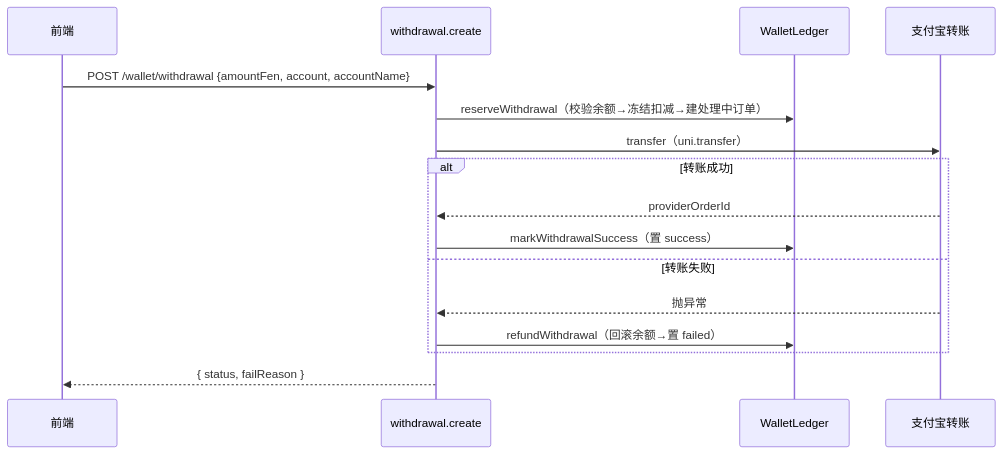
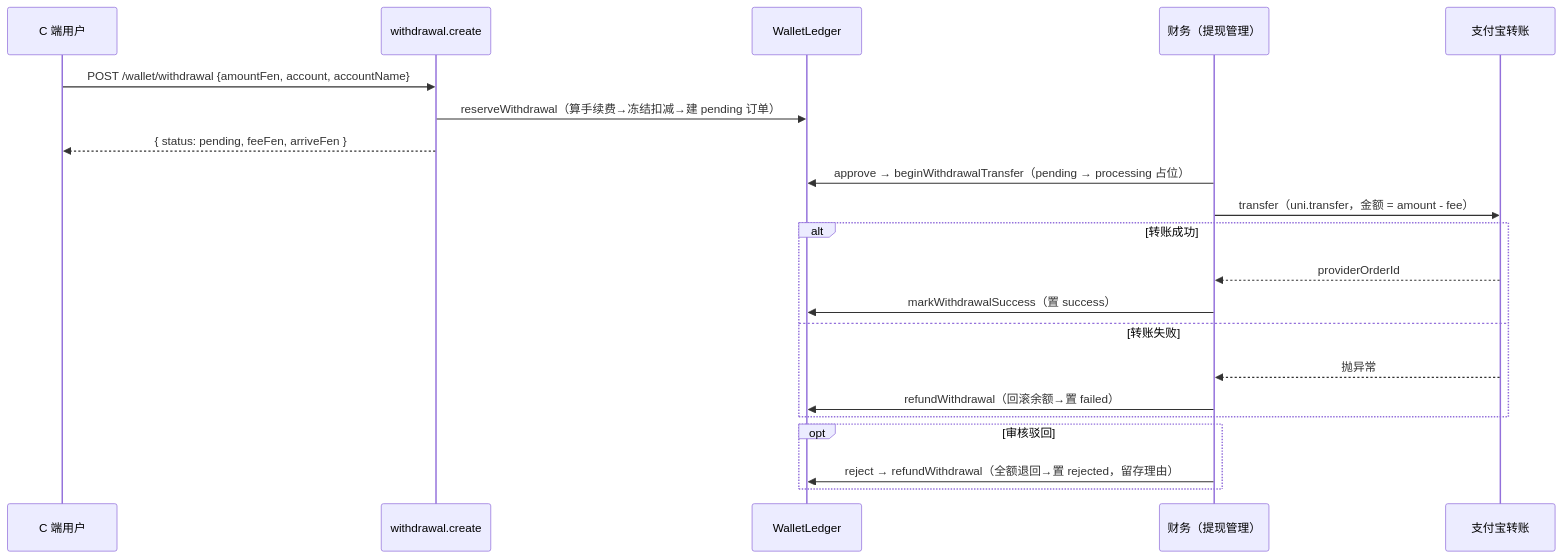
The third of 3 diagrams in docs/wallet.md (yiting001/E-sports-01), drawn with Mermaid before and after one commit. The commit also changed other lines of this file and 34 other files, not shown here.

````diff
--- a/docs/wallet.md
+++ b/docs/wallet.md
@@ -189,19 +203,24 @@
 ```mermaid
 sequenceDiagram
-  participant FE as 前端
+  participant FE as C 端用户
   participant API as withdrawal.create
   participant LED as WalletLedger
+  participant ADM as 财务（提现管理）
   participant DRV as 支付宝转账
 
   FE->>API: POST /wallet/withdrawal {amountFen, account, accountName}
-  API->>LED: reserveWithdrawal（校验余额→冻结扣减→建处理中订单）
-  API->>DRV: transfer（uni.transfer）
+  API->>LED: reserveWithdrawal（算手续费→冻结扣减→建 pending 订单）
+  API-->>FE: { status: pending, feeFen, arriveFen }
+  ADM->>LED: approve → beginWithdrawalTransfer（pending → processing 占位）
+  ADM->>DRV: transfer（uni.transfer，金额 = amount - fee）
   alt 转账成功
-    DRV-->>API: providerOrderId
-    API->>LED: markWithdrawalSuccess（置 success）
+    DRV-->>ADM: providerOrderId
+    ADM->>LED: markWithdrawalSuccess（置 success）
   else 转账失败
-    DRV-->>API: 抛异常
-    API->>LED: refundWithdrawal（回滚余额→置 failed）
+    DRV-->>ADM: 抛异常
+    ADM->>LED: refundWithdrawal（回滚余额→置 failed）
   end
-  API-->>FE: { status, failReason }
+  opt 审核驳回
+    ADM->>LED: reject → refundWithdrawal（全额退回→置 rejected，留存理由）
+  end
 ```
````
